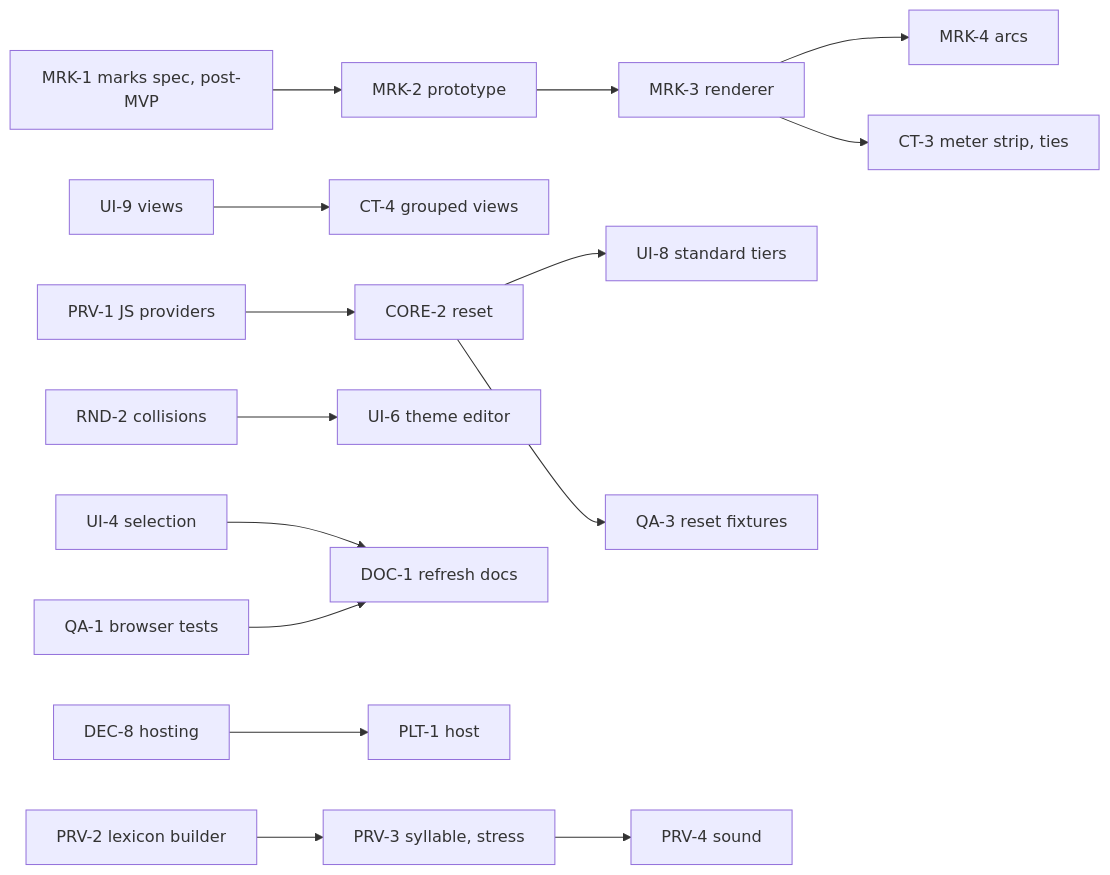
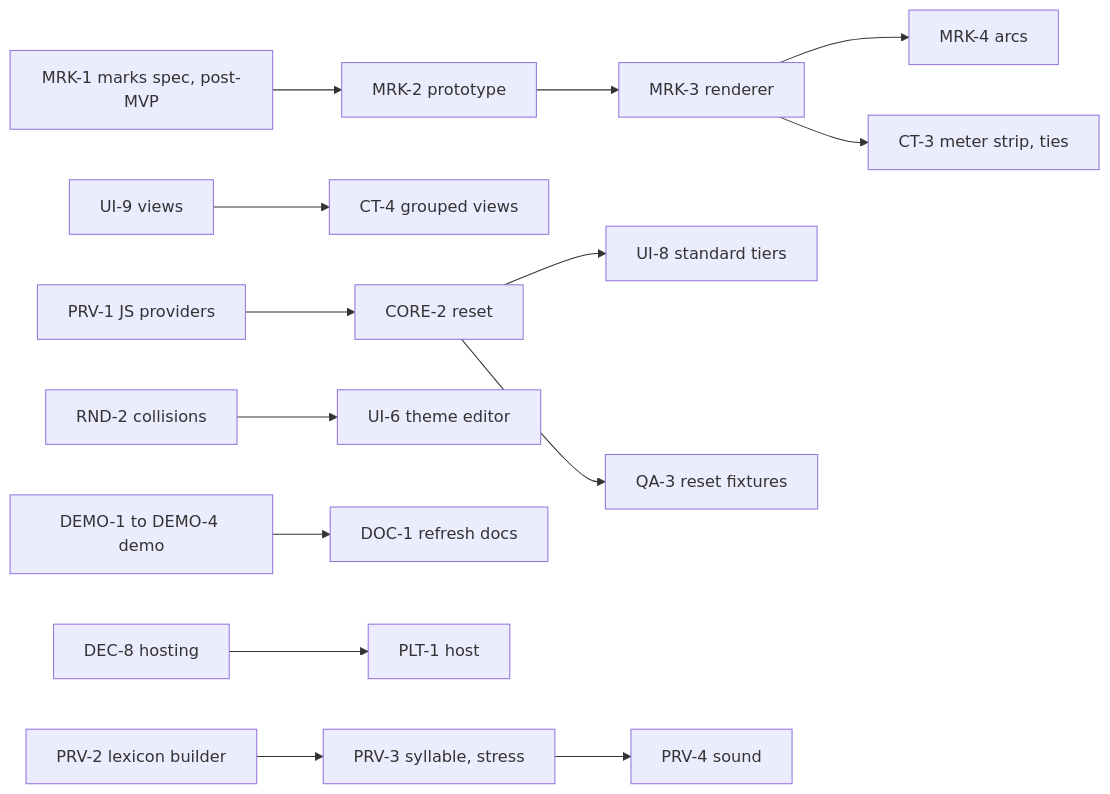
The diagram in docs/ROADMAP.md (alexsasharegan/poetic-overtones), drawn with Mermaid before and after one commit. The commit also changed other lines of this file and 9 other files, not shown here.

````diff
--- a/docs/ROADMAP.md
+++ b/docs/ROADMAP.md
@@ -144,14 +154,13 @@
 ```mermaid
 flowchart LR
   MRK1[MRK-1 marks spec, post-MVP] --> MRK2[MRK-2 prototype] --> MRK3[MRK-3 renderer]
   MRK3 --> MRK4[MRK-4 arcs]
   MRK3 --> CT3[CT-3 meter strip, ties]
   UI9[UI-9 views] --> CT4[CT-4 grouped views]
   PRV1[PRV-1 JS providers] --> CORE2[CORE-2 reset] --> UI8[UI-8 standard tiers]
   CORE2 --> QA3[QA-3 reset fixtures]
   RND2[RND-2 collisions] --> UI6[UI-6 theme editor]
-  UI4[UI-4 selection] --> DOC1[DOC-1 refresh docs]
-  QA1[QA-1 browser tests] --> DOC1
+  DEMO1[DEMO-1 to DEMO-4 demo] --> DOC1[DOC-1 refresh docs]
   DEC8[DEC-8 hosting] --> PLT1[PLT-1 host]
   PRV2[PRV-2 lexicon builder] --> PRV3[PRV-3 syllable, stress] --> PRV4[PRV-4 sound]
 ```
````
